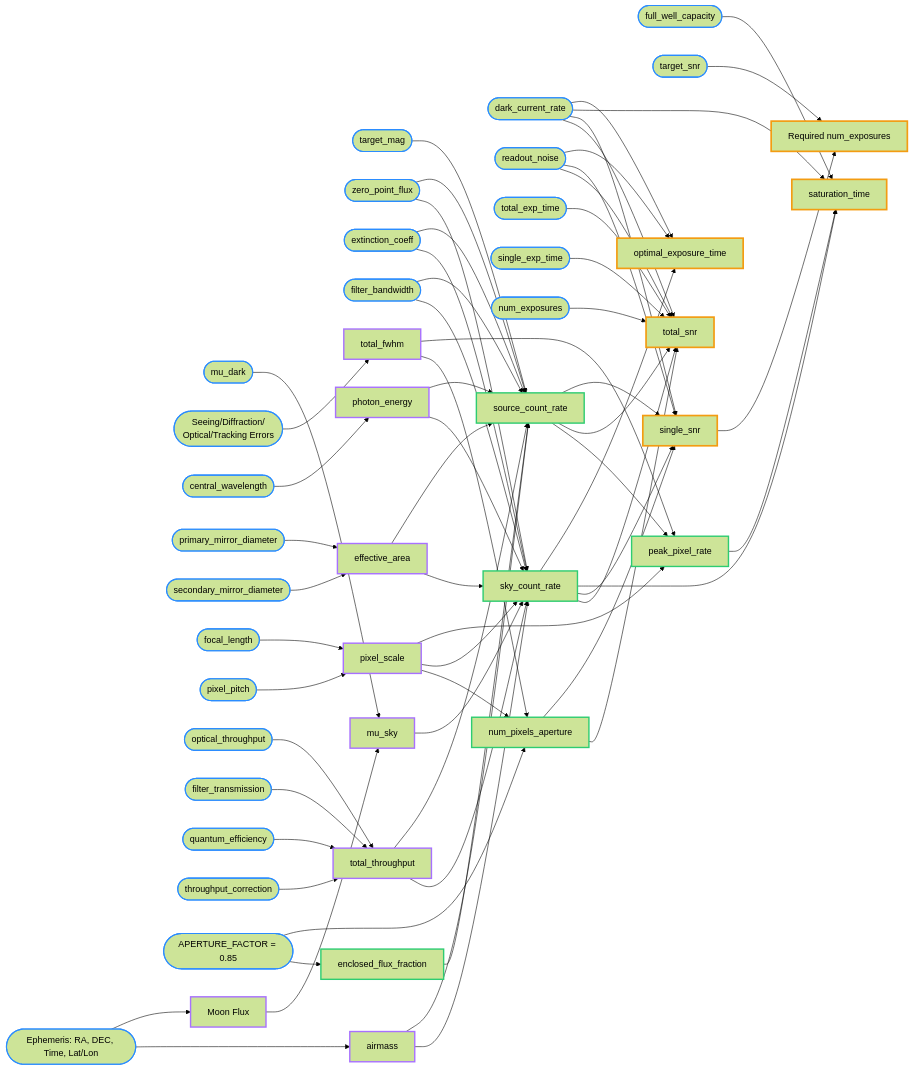
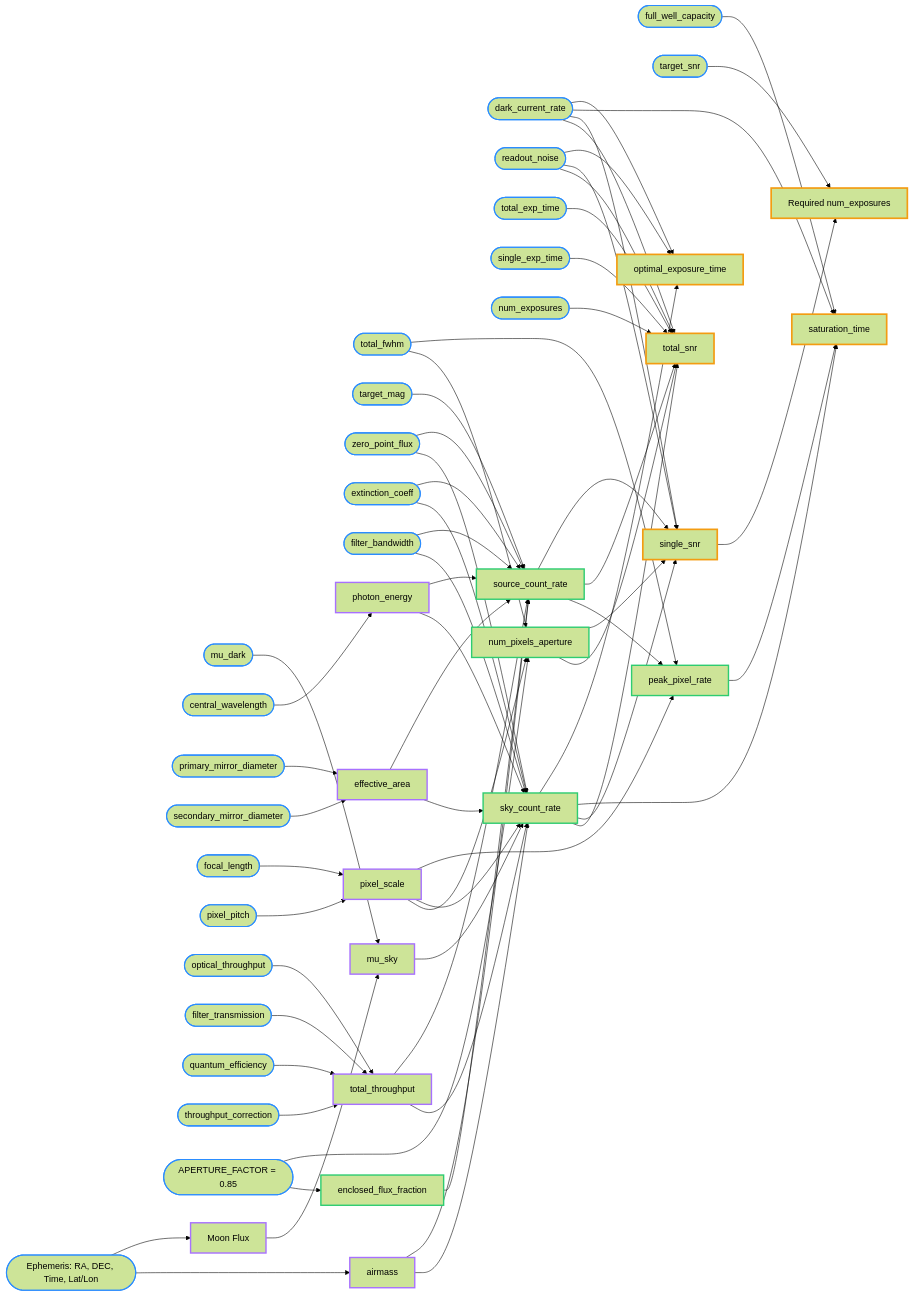
One commit to AlexLee24/CASTOR changed the diagram in docs/ATBD.md. Above: the diagram before and after it, drawn with Mermaid (forest theme). The commit also changed other lines of this file and 31 other files, not shown here.

````diff
--- a/docs/ATBD.md
+++ b/docs/ATBD.md
@@ -34,7 +34,7 @@
     %% Target & Environment
     Eph([Ephemeris: RA, DEC, Time, Lat/Lon])
     mu_dark([mu_dark])
-    FWHM_comps([Seeing/Diffraction/\nOptical/Tracking Errors])
+    FWHM_tot([total_fwhm])
     m([target_mag])
     F0([zero_point_flux])
     k_ext([extinction_coeff])
@@ -67,7 +67,6 @@
     X[airmass]
     Flux_moon[Moon Flux]
     mu_sky[mu_sky]
-    FWHM_tot[total_fwhm]
     Ep[photon_energy]
     A_eff[effective_area]
     S_pix[pixel_scale]
@@ -96,7 +95,6 @@
     %% ==========================================
     Eph --> X & Flux_moon
     mu_dark & Flux_moon --> mu_sky
-    FWHM_comps --> FWHM_tot
     lambda_c --> Ep
     D_pri & D_sec --> A_eff
     f_sys & p_pix --> S_pix
@@ -129,8 +127,8 @@
     classDef layer3 stroke:#2ecc71,stroke-width:2.5px;
     classDef layer4 stroke:#f39c12,stroke-width:3px;
 
-    class Eph,mu_dark,FWHM_comps,m,F0,k_ext,dL,lambda_c,D_pri,D_sec,f_sys,p_pix,R_opt,T_filt,QE,C_corr,R_dark,RON,FWC,kap,t_tot,t_single_in,N_exp_in,SNR_tgt layer1;
-    class X,Flux_moon,mu_sky,FWHM_tot,Ep,A_eff,S_pix,T_sys layer2;
+    class Eph,mu_dark,FWHM_tot,m,F0,k_ext,dL,lambda_c,D_pri,D_sec,f_sys,p_pix,R_opt,T_filt,QE,C_corr,R_dark,RON,FWC,kap,t_tot,t_single_in,N_exp_in,SNR_tgt layer1;
+    class X,Flux_moon,mu_sky,Ep,A_eff,S_pix,T_sys layer2;
     class f_enc,N_pix,R_sky,R_src,R_peak layer3;
     class SNR_total,SNR_single,N_exp_out,t_sat,t_opt layer4;
 ```
````
